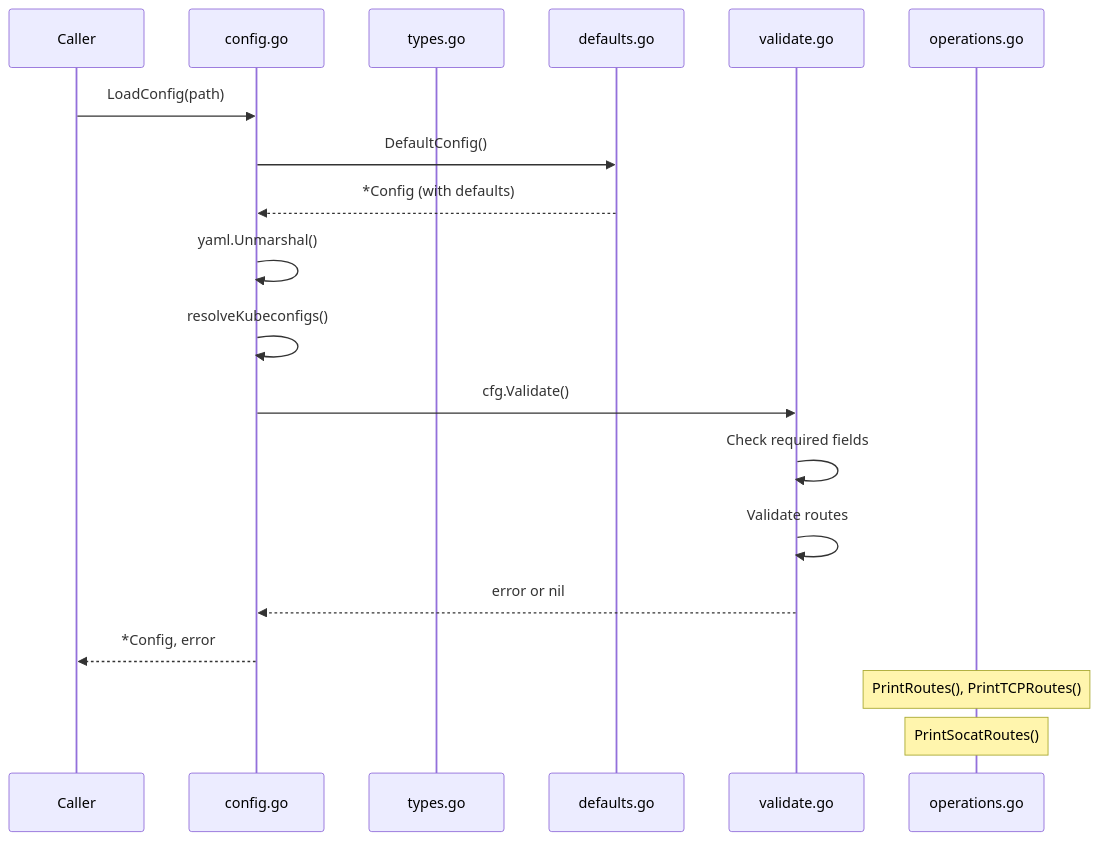
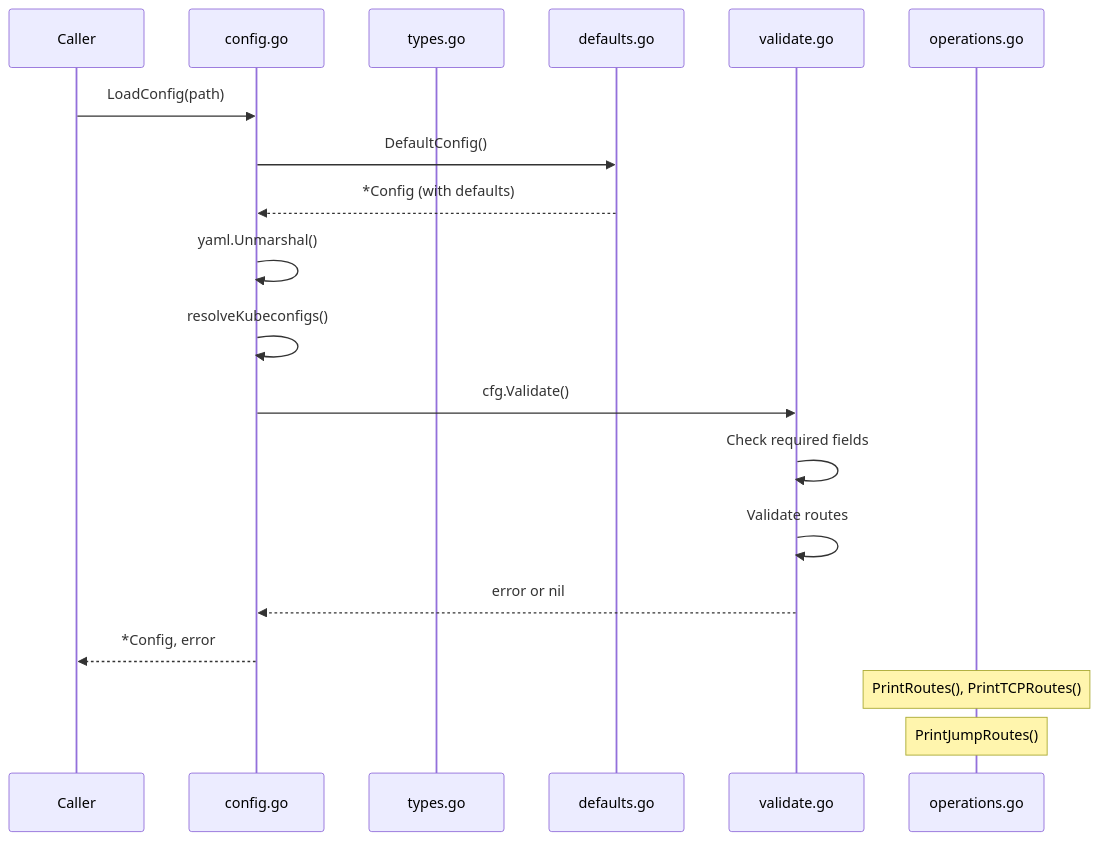
Before and after one commit to atas/autotunnel: the fifth of 10 diagrams in internal/README.md, drawn with Mermaid. The commit also changed other lines of this file and 12 other files, not shown here.

First line of the commit message:
Refactor socat to jump route implementation

````diff
--- a/internal/README.md
+++ b/internal/README.md
@@ -149,23 +149,23 @@
 ```mermaid
 sequenceDiagram
     participant caller as Caller
     participant cfg as config.go
     participant types as types.go
     participant defaults as defaults.go
     participant validate as validate.go
     participant ops as operations.go
 
     caller->>cfg: LoadConfig(path)
     cfg->>defaults: DefaultConfig()
     defaults-->>cfg: *Config (with defaults)
     cfg->>cfg: yaml.Unmarshal()
     cfg->>cfg: resolveKubeconfigs()
     cfg->>validate: cfg.Validate()
     validate->>validate: Check required fields
     validate->>validate: Validate routes
     validate-->>cfg: error or nil
     cfg-->>caller: *Config, error
 
     Note over ops: PrintRoutes(), PrintTCPRoutes()
-    Note over ops: PrintSocatRoutes()
+    Note over ops: PrintJumpRoutes()
 ```
````
